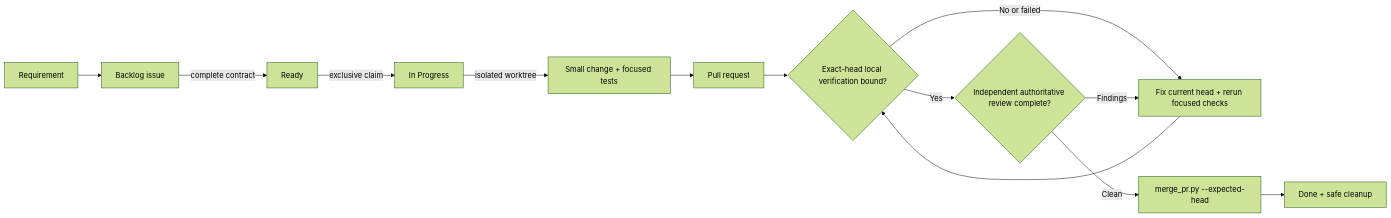
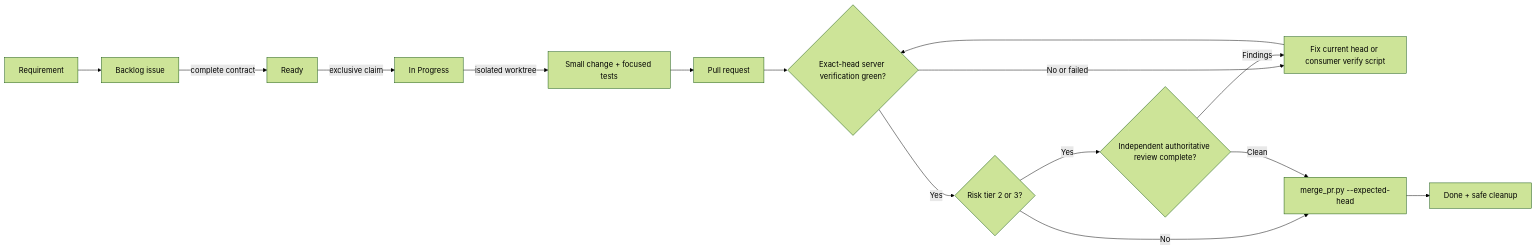
One commit to gillella/Aru_Agentic_SDLC changed the first of 2 diagrams in README.md. Above: the diagram before and after it, drawn with Mermaid (forest theme). The commit also changed other lines of this file and 60 other files, not shown here.

````diff
--- a/README.md
+++ b/README.md
@@ -26,15 +34,17 @@
 ```mermaid
 flowchart LR
     R[Requirement] --> B[Backlog issue]
     B -->|complete contract| RD[Ready]
     RD -->|exclusive claim| IP[In Progress]
     IP -->|isolated worktree| CODE[Small change + focused tests]
     CODE --> PR[Pull request]
-    PR --> VERIFY{Exact-head local verification bound?}
-    VERIFY -->|No or failed| FIX[Fix current head + rerun focused checks]
+    PR --> VERIFY{Exact-head server verification green?}
+    VERIFY -->|No or failed| FIX[Fix current head or consumer verify script]
     FIX --> VERIFY
-    VERIFY -->|Yes| REV{Independent authoritative review complete?}
+    VERIFY -->|Yes| RISK{Risk tier 2 or 3?}
+    RISK -->|No| MERGE[merge_pr.py --expected-head]
+    RISK -->|Yes| REV{Independent authoritative review complete?}
     REV -->|Findings| FIX
-    REV -->|Clean| MERGE[merge_pr.py --expected-head]
+    REV -->|Clean| MERGE
     MERGE --> DONE[Done + safe cleanup]
 ```
````
